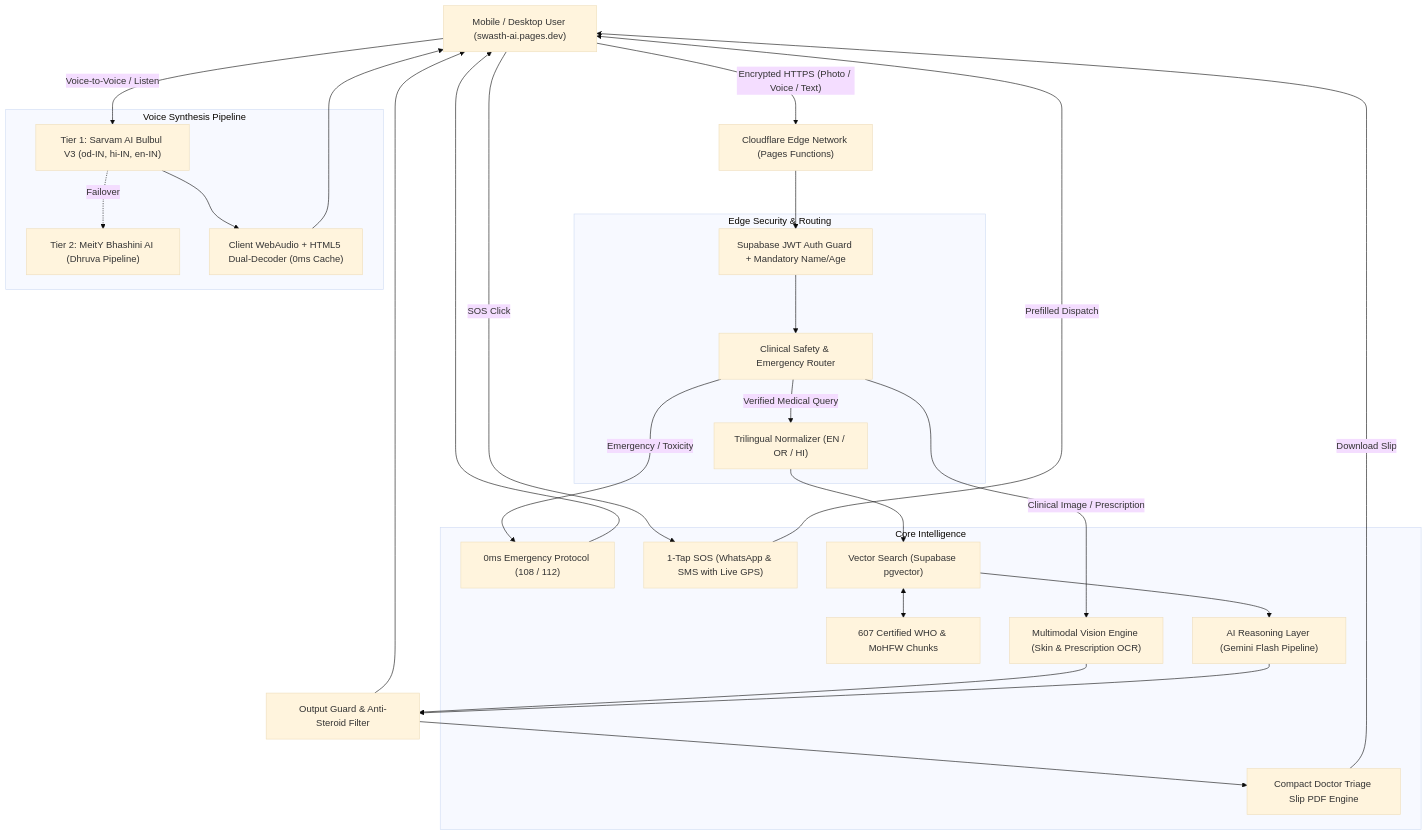
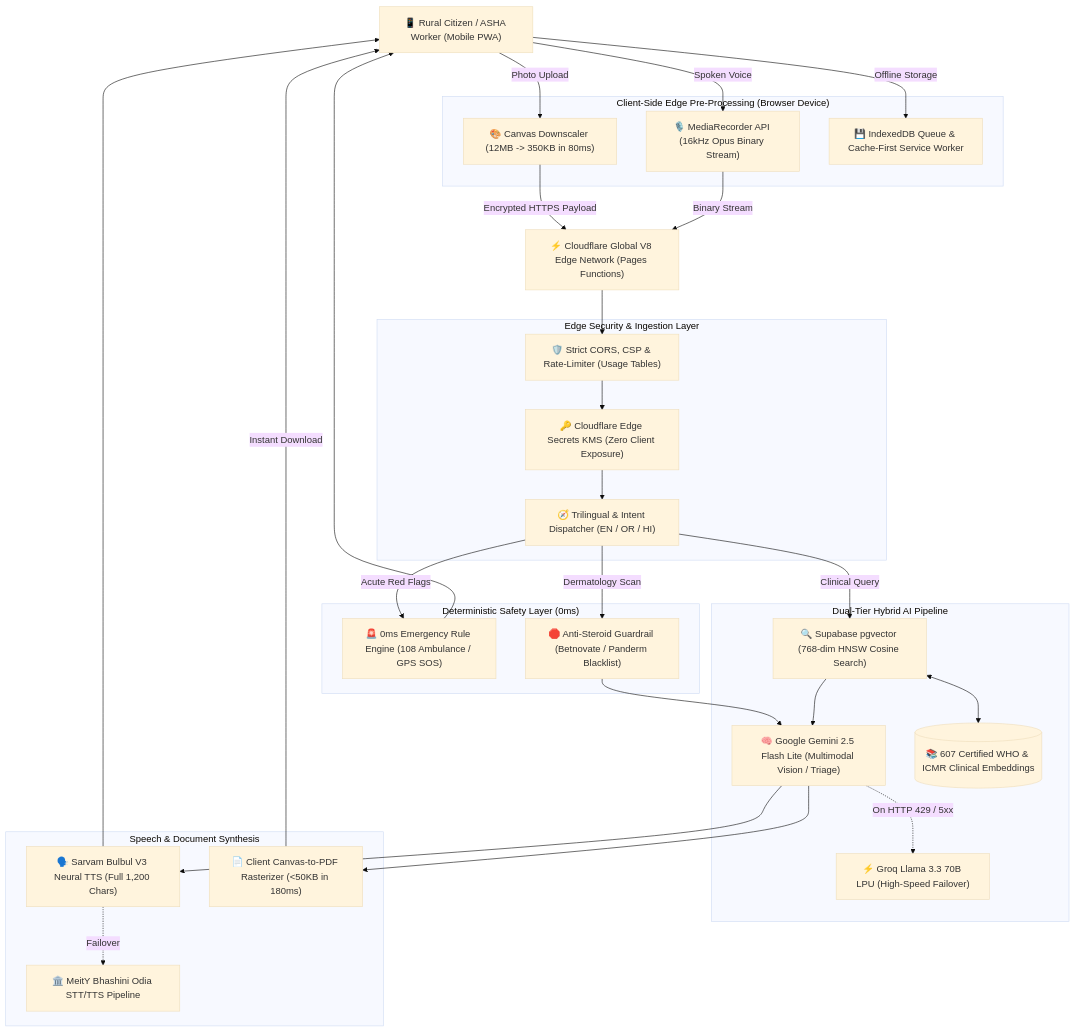
Before and after one commit to AsutoshMishra-Engineer/SWASTH-AI-: the diagram in README.md, drawn with Mermaid (base theme). The commit also changed other lines of this file, not shown here.

Commit message:
docs: modernize enterprise-grade technical README for IT architects and professionals

````diff
--- a/README.md
+++ b/README.md
@@ -120,54 +34,63 @@
 ```mermaid
 graph TD
-    User["Mobile / Desktop User (swasth-ai.pages.dev)"]
-    Edge["Cloudflare Edge Network (Pages Functions)"]
-    
-    subgraph "Edge Security & Routing"
-        Auth["Supabase JWT Auth Guard + Mandatory Name/Age"]
-        Safety["Clinical Safety & Emergency Router"]
-        Lang["Trilingual Normalizer (EN / OR / HI)"]
-    end
-    
-    subgraph "Core Intelligence"
-        Emergency["0ms Emergency Protocol (108 / 112)"]
-        SOS["1-Tap SOS (WhatsApp & SMS with Live GPS)"]
-        RAG["Vector Search (Supabase pgvector)"]
-        Knowledge["607 Certified WHO & MoHFW Chunks"]
-        Reasoning["AI Reasoning Layer (Gemini Flash Pipeline)"]
-        Vision["Multimodal Vision Engine (Skin & Prescription OCR)"]
-        PDFGen["Compact Doctor Triage Slip PDF Engine"]
-    end
-    
-    subgraph "Voice Synthesis Pipeline"
-        Sarvam["Tier 1: Sarvam AI Bulbul V3 (od-IN, hi-IN, en-IN)"]
-        Bhashini["Tier 2: MeitY Bhashini AI (Dhruva Pipeline)"]
-        WebAudio["Client WebAudio + HTML5 Dual-Decoder (0ms Cache)"]
+    User["📱 Rural Citizen / ASHA Worker (Mobile PWA)"]
+    Edge["⚡ Cloudflare Global V8 Edge Network (Pages Functions)"]
+
+    subgraph "Client-Side Edge Pre-Processing (Browser Device)"
+        Canvas["🎨 Canvas Downscaler (12MB -> 350KB in 80ms)"]
+        MediaRec["🎙️ MediaRecorder API (16kHz Opus Binary Stream)"]
+        IDB["💾 IndexedDB Queue & Cache-First Service Worker"]
     end
 
-    User -->|"Encrypted HTTPS (Photo / Voice / Text)"| Edge
-    Edge --> Auth
-    Auth --> Safety
-    
-    Safety -- "Emergency / Toxicity" --> Emergency
+    subgraph "Edge Security & Ingestion Layer"
+        CORS["🛡️ Strict CORS, CSP & Rate-Limiter (Usage Tables)"]
+        KMS["🔑 Cloudflare Edge Secrets KMS (Zero Client Exposure)"]
+        Router["🧭 Trilingual & Intent Dispatcher (EN / OR / HI)"]
+    end
+
+    subgraph "Deterministic Safety Layer (0ms)"
+        Emergency["🚨 0ms Emergency Rule Engine (108 Ambulance / GPS SOS)"]
+        AntiSteroid["🛑 Anti-Steroid Guardrail (Betnovate / Panderm Blacklist)"]
+    end
+
+    subgraph "Dual-Tier Hybrid AI Pipeline"
+        PrimaryLLM["🧠 Google Gemini 2.5 Flash Lite (Multimodal Vision / Triage)"]
+        FailoverLLM["⚡ Groq Llama 3.3 70B LPU (High-Speed Failover)"]
+        RAG["🔍 Supabase pgvector (768-dim HNSW Cosine Search)"]
+        Knowledge[("📚 607 Certified WHO & ICMR Clinical Embeddings")]
+    end
+
+    subgraph "Speech & Document Synthesis"
+        Sarvam["🗣️ Sarvam Bulbul V3 Neural TTS (Full 1,200 Chars)"]
+        Bhashini["🏛️ MeitY Bhashini Odia STT/TTS Pipeline"]
+        PDFGen["📄 Client Canvas-to-PDF Rasterizer (<50KB in 180ms)"]
+    end
+
+    User -->|"Photo Upload"| Canvas
+    User -->|"Spoken Voice"| MediaRec
+    User -->|"Offline Storage"| IDB
+
+    Canvas -->|"Encrypted HTTPS Payload"| Edge
+    MediaRec -->|"Binary Stream"| Edge
+    Edge --> CORS
+    CORS --> KMS
+    KMS --> Router
+
+    Router -- "Acute Red Flags" --> Emergency
     Emergency --> User
-    
-    User -->|"SOS Click"| SOS
-    SOS -->|"Prefilled Dispatch"| User
-    
-    Safety -- "Clinical Image / Prescription" --> Vision
-    Vision --> OutputGuard["Output Guard & Anti-Steroid Filter"]
-    
-    Safety -- "Verified Medical Query" --> Lang
-    Lang --> RAG
+
+    Router -- "Dermatology Scan" --> AntiSteroid
+    AntiSteroid --> PrimaryLLM
+
+    Router -- "Clinical Query" --> RAG
     RAG <--> Knowledge
-    RAG --> Reasoning
-    Reasoning --> OutputGuard
-    
-    OutputGuard --> PDFGen
-    PDFGen -->|"Download Slip"| User
-    OutputGuard --> User
-    User -->|"Voice-to-Voice / Listen"| Sarvam
+    RAG --> PrimaryLLM
+    PrimaryLLM -.->|"On HTTP 429 / 5xx"| FailoverLLM
+
+    PrimaryLLM --> Sarvam
     Sarvam -.->|"Failover"| Bhashini
-    Sarvam --> WebAudio
-    WebAudio --> User
+    Sarvam --> User
+
+    PrimaryLLM --> PDFGen
+    PDFGen -->|"Instant Download"| User
 ```
````
